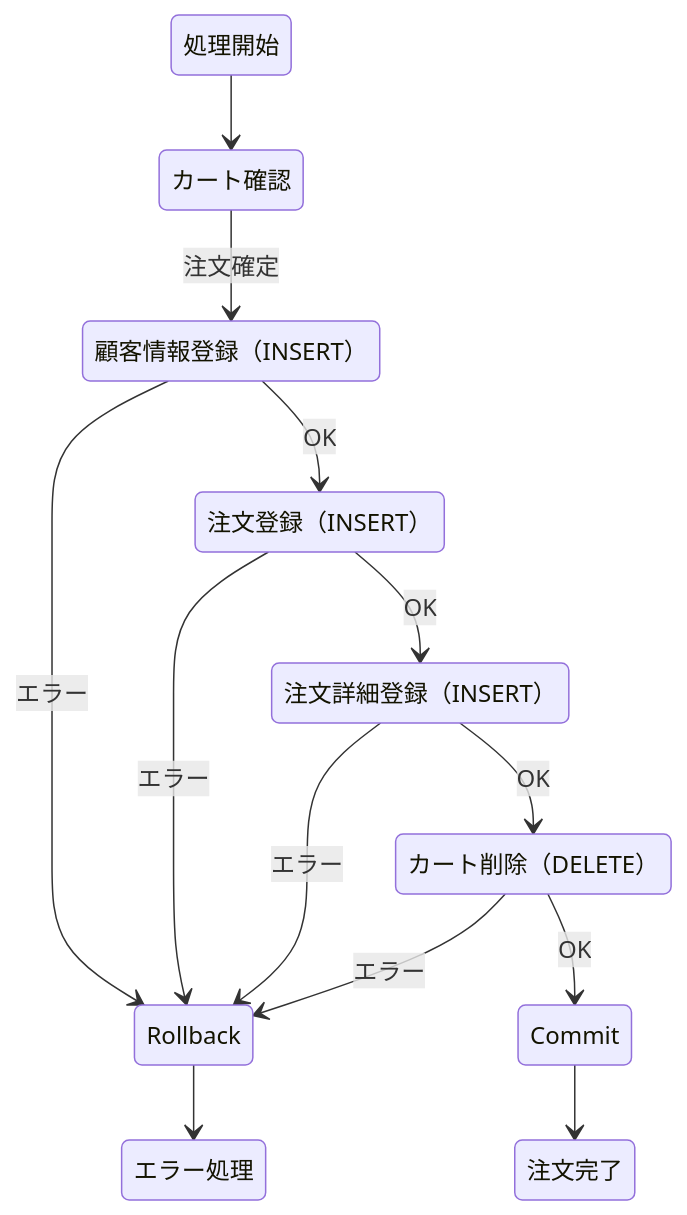
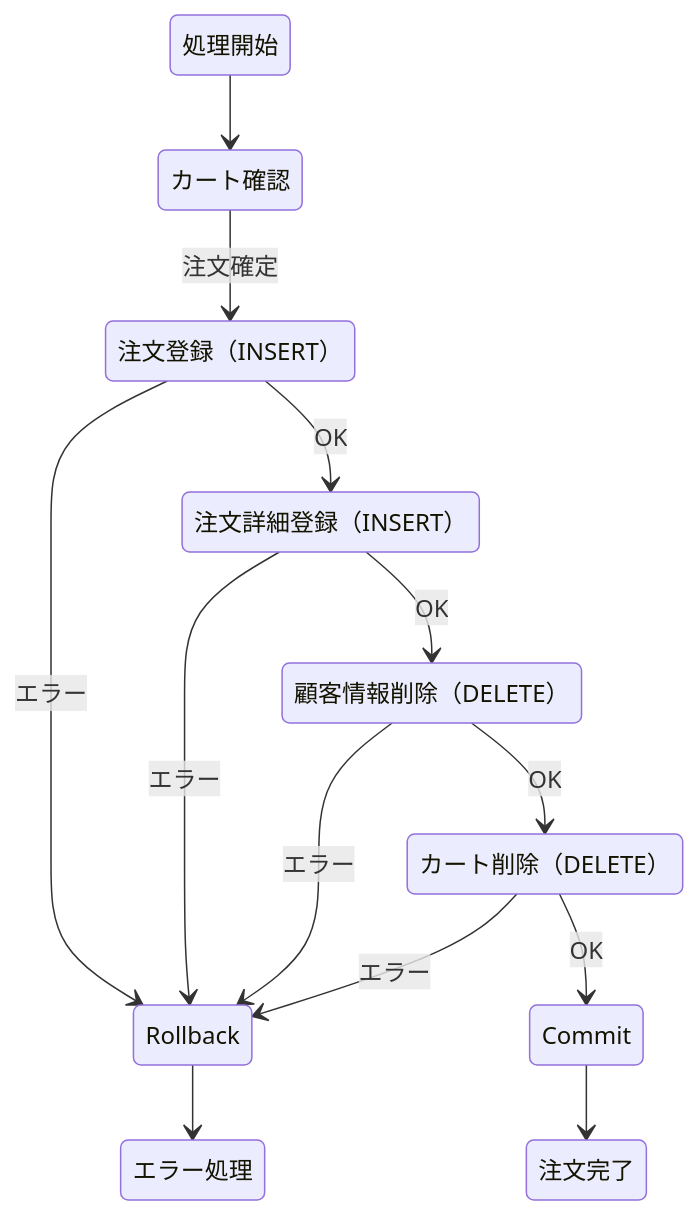
One commit to YUKlT0/Equipe changed diagram 14 of 16 in 詳細設計/詳細設計書.md. Above: the diagram before and after it, drawn with Mermaid. The commit also changed other lines of this file, not shown here.

```diff
--- a/詳細設計/詳細設計書.md
+++ b/詳細設計/詳細設計書.md
@@ -2766,23 +2749,21 @@
 <div class = "mermaid">
 stateDiagram-v2
     処理開始 --> カート確認
 
-    カート確認 --> 顧客情報登録（INSERT）: 注文確定
-    顧客情報登録（INSERT）-->Rollback:エラー
-    顧客情報登録（INSERT）-->  注文登録（INSERT）:OK
+    カート確認 --> 注文登録（INSERT）: 注文確定
     注文登録（INSERT） --> Rollback : エラー
     注文登録（INSERT） --> 注文詳細登録（INSERT）:OK
 
+    注文詳細登録（INSERT）--> 顧客情報削除（DELETE）:OK
     注文詳細登録（INSERT）--> Rollback :エラー
 
-    注文詳細登録（INSERT）-->カート削除（DELETE）:OK
-
+    顧客情報削除（DELETE）-->Rollback:エラー
+    顧客情報削除（DELETE）--> カート削除（DELETE）:OK
     カート削除（DELETE）-->Rollback:エラー
 
     カート削除（DELETE）-->Commit:OK
 
     Rollback-->エラー処理
 
     Commit-->注文完了
-
 </div>
```
